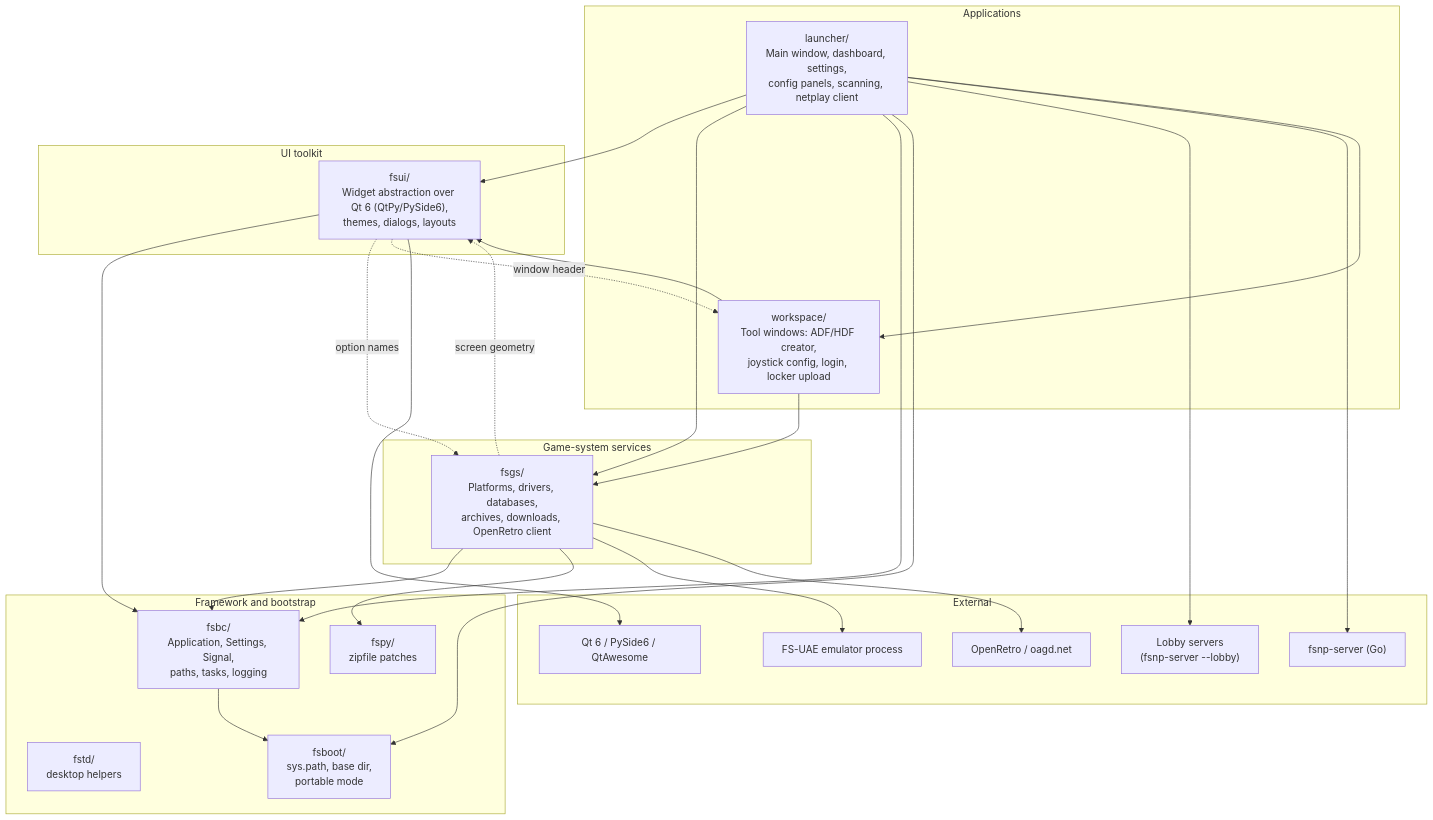
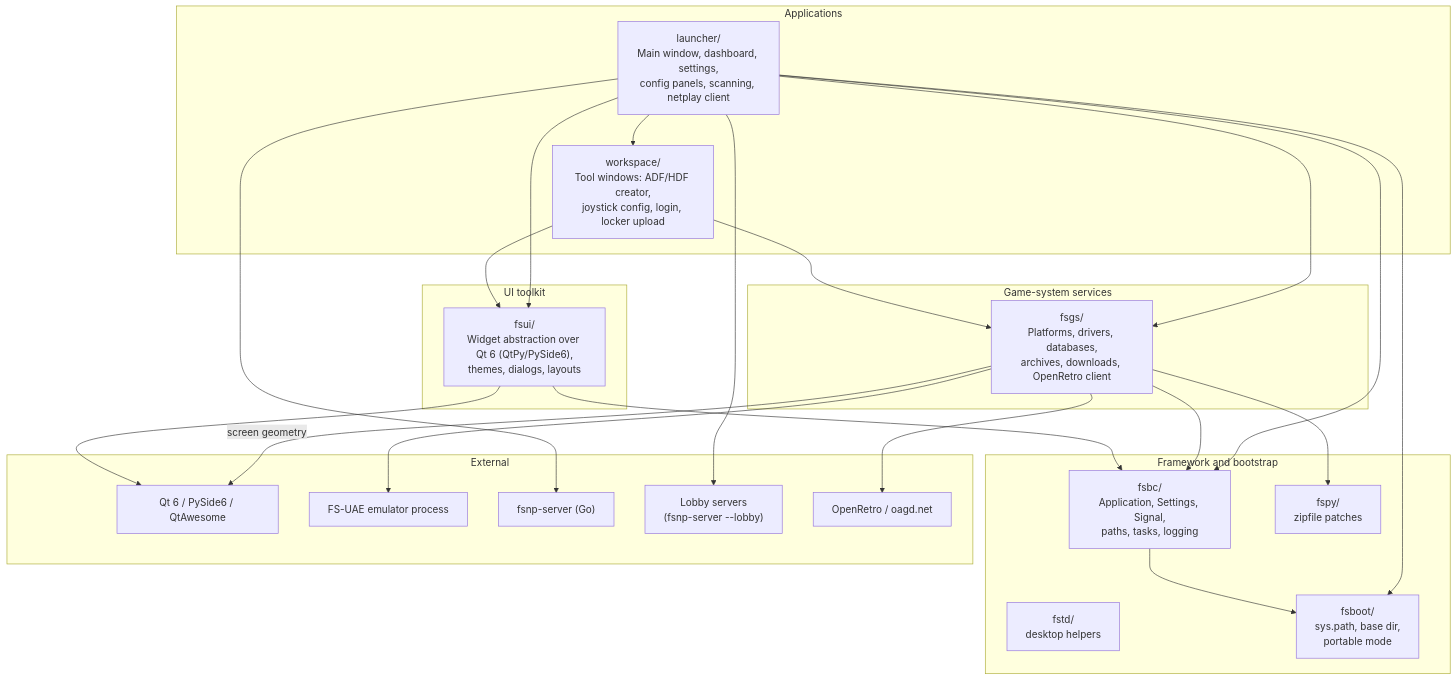
The first of 5 diagrams in docs/architecture.md (pdabel/fs-uae-launcher), drawn with Mermaid before and after one commit. The commit also changed other lines of this file and 35 other files, not shown here.

Commit message:
Finish the base-package layering: fsui and fsgs stop importing each other and workspace (#176)

````diff
--- a/docs/architecture.md
+++ b/docs/architecture.md
@@ -27,50 +26,48 @@
 ```mermaid
 flowchart TB
     subgraph app["Applications"]
         launcher["launcher/<br/>Main window, dashboard, settings,<br/>config panels, scanning, netplay client"]
         workspace["workspace/<br/>Tool windows: ADF/HDF creator,<br/>joystick config, login, locker upload"]
     end
 
     subgraph domain["Game-system services"]
         fsgs["fsgs/<br/>Platforms, drivers, databases,<br/>archives, downloads, OpenRetro client"]
     end
 
     subgraph ui["UI toolkit"]
         fsui["fsui/<br/>Widget abstraction over Qt 6 (QtPy/PySide6),<br/>themes, dialogs, layouts"]
     end
 
     subgraph base["Framework and bootstrap"]
         fsbc["fsbc/<br/>Application, Settings, Signal,<br/>paths, tasks, logging"]
         fspy["fspy/<br/>zipfile patches"]
         fstd["fstd/<br/>desktop helpers"]
         fsboot["fsboot/<br/>sys.path, base dir,<br/>portable mode"]
     end
 
     subgraph ext["External"]
         qt["Qt 6 / PySide6 / QtAwesome"]
         fsuae["FS-UAE emulator process"]
         fsnp["fsnp-server (Go)"]
         lobbies["Lobby servers<br/>(fsnp-server --lobby)"]
         openretro["OpenRetro / oagd.net"]
     end
 
     launcher --> fsui
     launcher --> fsgs
     launcher --> fsbc
     launcher --> fsboot
     launcher --> lobbies
     launcher --> fsnp
     launcher --> workspace
     workspace --> fsui
     workspace --> fsgs
     fsgs --> fsbc
     fsgs --> fspy
     fsgs --> fsuae
     fsgs --> openretro
+    fsgs -- "screen geometry" --> qt
     fsui --> fsbc
-    fsui -. "option names" .-> fsgs
-    fsgs -. "screen geometry" .-> fsui
-    fsui -. "window header" .-> workspace
     fsui --> qt
     fsbc --> fsboot
 ```
````
